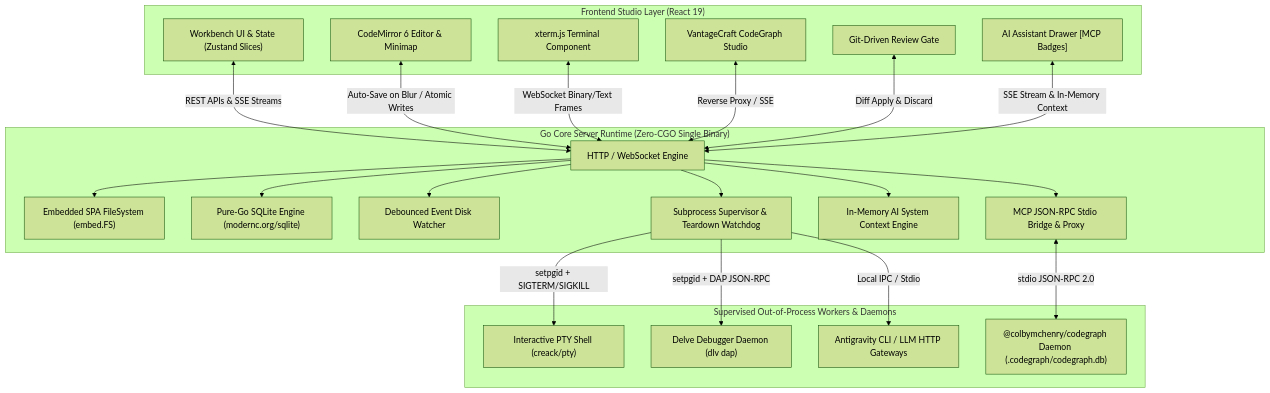
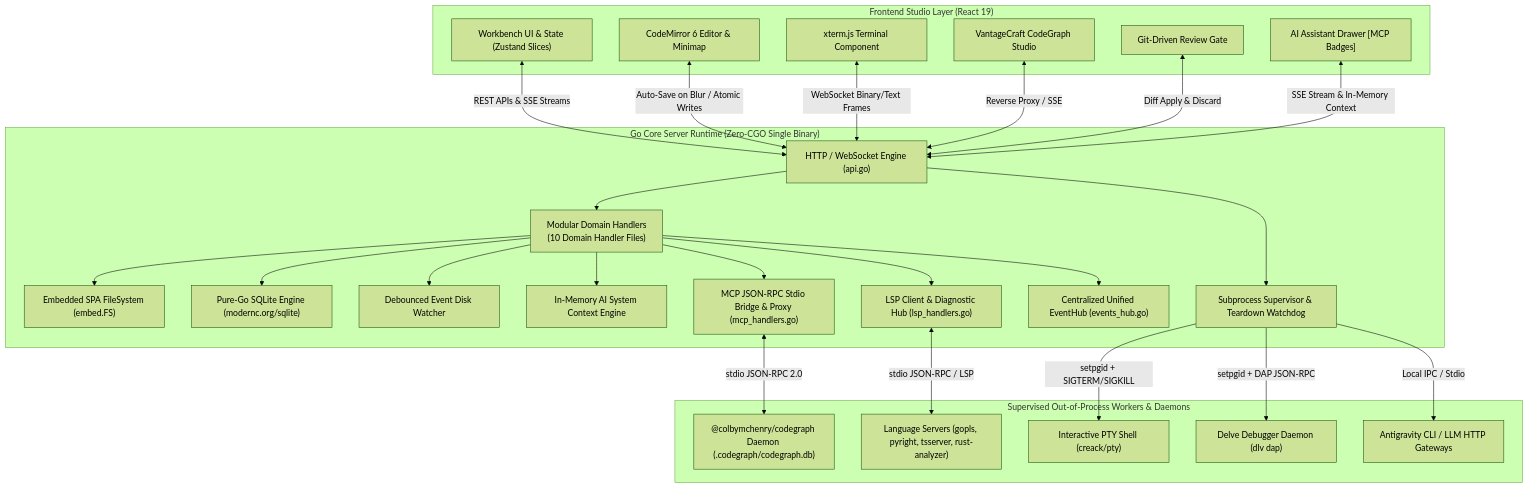
The diagram in docs/architecture/architecture-overview.md (aditlab-code/AegisCode), drawn with Mermaid (forest theme) before and after one commit. The commit also changed other lines of this file and 18 other files, not shown here.

First line of the commit message:
refactor(api): modularize HTTP presentation layer and expand GAP test coverage

````diff
--- a/docs/architecture/architecture-overview.md
+++ b/docs/architecture/architecture-overview.md
@@ -9,47 +9,55 @@
 ```mermaid
 flowchart TB
     subgraph Client ["Frontend Studio Layer (React 19)"]
         UI["Workbench UI & State (Zustand Slices)"]
         CM["CodeMirror 6 Editor & Minimap"]
         TermUI["xterm.js Terminal Component"]
         GraphUI["VantageCraft CodeGraph Studio"]
         DiffUI["Git-Driven Review Gate"]
         ChatUI["AI Assistant Drawer [MCP Badges]"]
     end
 
     subgraph Core ["Go Core Server Runtime (Zero-CGO Single Binary)"]
-        Router["HTTP / WebSocket Engine"]
+        Router["HTTP / WebSocket Engine (api.go)"]
+        DomainHandlers["Modular Domain Handlers\n(10 Domain Handler Files)"]
         SPAFS["Embedded SPA FileSystem (embed.FS)"]
         DBEngine["Pure-Go SQLite Engine (modernc.org/sqlite)"]
         Watcher["Debounced Event Disk Watcher"]
-        MCPBridge["MCP JSON-RPC Stdio Bridge & Proxy"]
+        MCPBridge["MCP JSON-RPC Stdio Bridge & Proxy (mcp_handlers.go)"]
+        LSPManager["LSP Client & Diagnostic Hub (lsp_handlers.go)"]
+        EventHub["Centralized Unified EventHub (events_hub.go)"]
         ContextEngine["In-Memory AI System Context Engine"]
         Supervisor["Subprocess Supervisor & Teardown Watchdog"]
     end
 
     subgraph SandboxedSubprocesses ["Supervised Out-of-Process Workers & Daemons"]
         PTY["Interactive PTY Shell (creack/pty)"]
         Delve["Delve Debugger Daemon (dlv dap)"]
         AICLI["Antigravity CLI / LLM HTTP Gateways"]
+        LSPServers["Language Servers (gopls, pyright, tsserver, rust-analyzer)"]
         CGDaemon["@colbymchenry/codegraph Daemon (.codegraph/codegraph.db)"]
     end
 
     UI <-->|REST APIs & SSE Streams| Router
     CM <-->|Auto-Save on Blur / Atomic Writes| Router
     TermUI <-->|WebSocket Binary/Text Frames| Router
     GraphUI <-->|Reverse Proxy / SSE| Router
     DiffUI <-->|Diff Apply & Discard| Router
     ChatUI <-->|SSE Stream & In-Memory Context| Router
 
-    Router --> SPAFS
-    Router --> DBEngine
-    Router --> Watcher
-    Router --> ContextEngine
-    Router --> MCPBridge
+    Router --> DomainHandlers
+    DomainHandlers --> SPAFS
+    DomainHandlers --> DBEngine
+    DomainHandlers --> Watcher
+    DomainHandlers --> ContextEngine
+    DomainHandlers --> MCPBridge
+    DomainHandlers --> LSPManager
+    DomainHandlers --> EventHub
     MCPBridge <-->|stdio JSON-RPC 2.0| CGDaemon
+    LSPManager <-->|stdio JSON-RPC / LSP| LSPServers
     Router --> Supervisor
 
     Supervisor -->|setpgid + SIGTERM/SIGKILL| PTY
     Supervisor -->|setpgid + DAP JSON-RPC| Delve
     Supervisor -->|Local IPC / Stdio| AICLI
 ```
````
